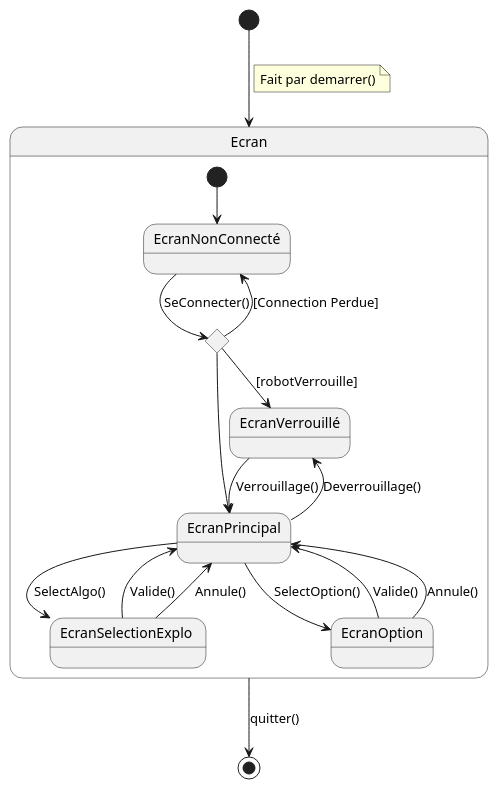
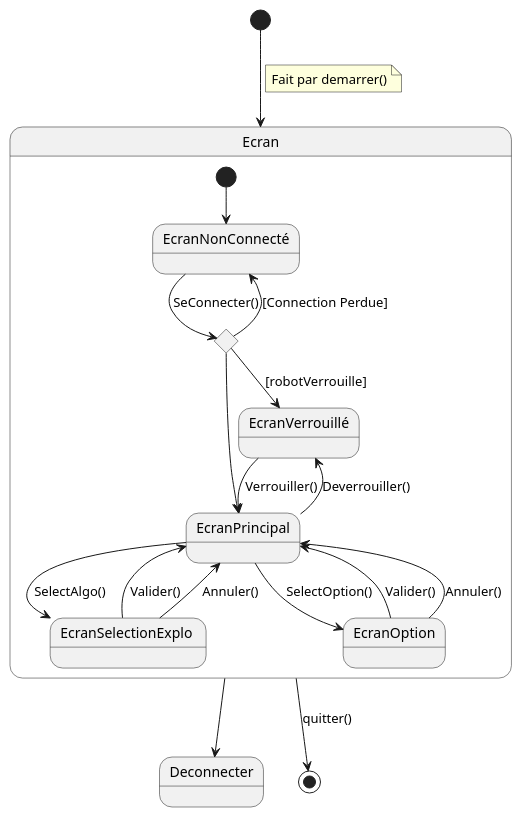
Before and after one commit to Larson-09/PATO_Project: the diagram in Diagrammes UML/3.1.3 - Les écrans/3.1.3 - Diagramme IHM.puml, drawn with PlantUML.

Commit message:
Diagramme IHM refonte

```diff
--- a/Diagrammes UML/3.1.3 - Les écrans/3.1.3 - Diagramme IHM.puml
+++ b/Diagrammes UML/3.1.3 - Les écrans/3.1.3 - Diagramme IHM.puml
@@ -1,32 +1,32 @@
 @startuml
 [*] --> Ecran
 note on link
     Fait par demarrer()
 end note
 state Ecran {
     state "EcranNonConnecté" as EcranNonConnecté
     state "EcranPrincipal" as EcranPrincipal
     state "EcranVerrouillé" as EcranVerrouillé
     state "EcranSelectionExplo " as EcranSelectionExplo 
     state "EcranOption" as EcranOption
 
     state c <<choice>>
 
     [*] --> EcranNonConnecté
     EcranNonConnecté --> c : SeConnecter()
 
     c --> EcranNonConnecté : [Connection Perdue]
     c --> EcranPrincipal
     c --> EcranVerrouillé : [robotVerrouille]
-    EcranVerrouillé --> EcranPrincipal: Verrouillage()
-    EcranPrincipal--> EcranVerrouillé :Deverrouillage()
+    EcranVerrouillé --> EcranPrincipal: Verrouiller()
+    EcranPrincipal--> EcranVerrouillé :Deverrouiller()
     EcranPrincipal--> EcranSelectionExplo : SelectAlgo()
-    EcranSelectionExplo --> EcranPrincipal: Valide()
-    EcranSelectionExplo --> EcranPrincipal: Annule()
+    EcranSelectionExplo --> EcranPrincipal: Valider()
+    EcranSelectionExplo --> EcranPrincipal: Annuler()
     EcranPrincipal--> EcranOption :SelectOption()
-    EcranOption --> EcranPrincipal:Valide()
-    EcranOption --> EcranPrincipal:Annule()
+    EcranOption --> EcranPrincipal:Valider()
+    EcranOption --> EcranPrincipal:Annuler()
 }
-
+Ecran --> Deconnecter
 Ecran --> [*] : quitter()
 @enduml
```
